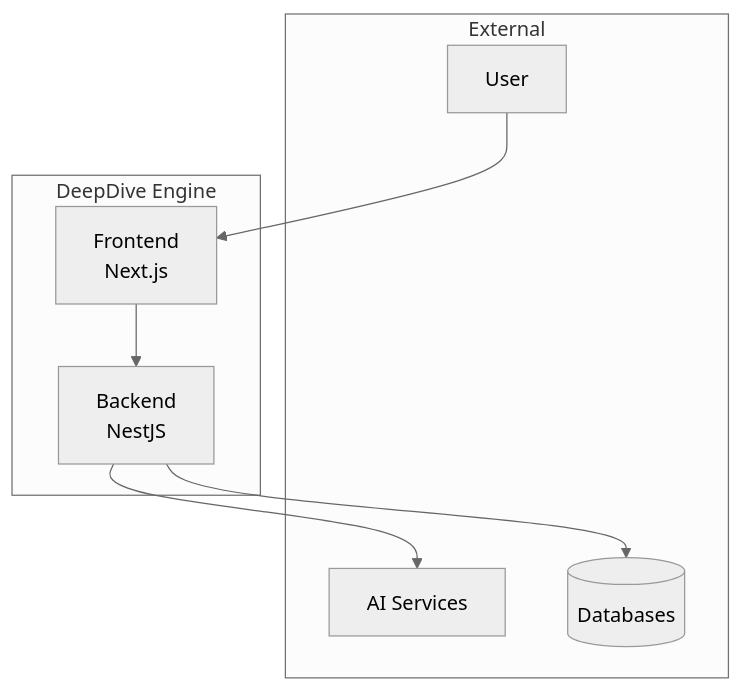
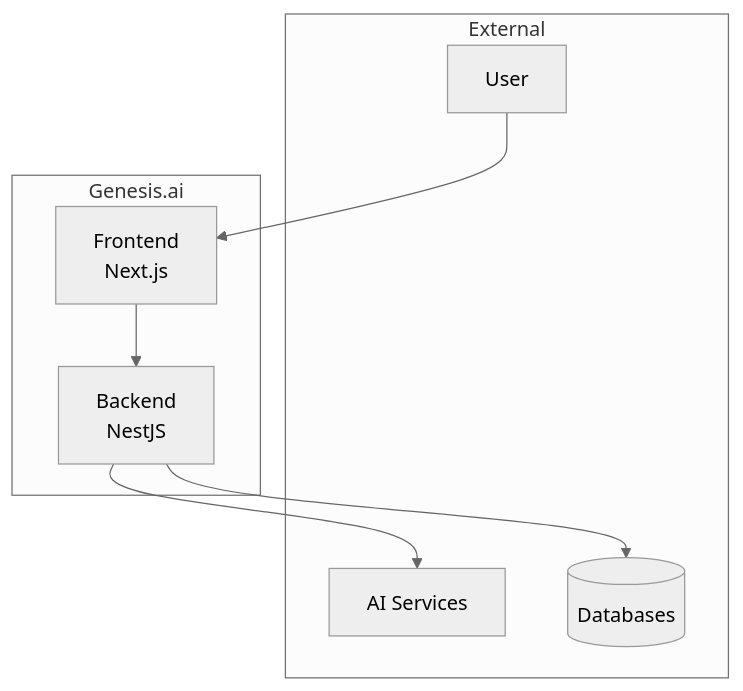
One commit to genesis-agents/GenesisPod changed the first of 2 diagrams in .claude/skills/architecture/schema-architect/references/adr-guidelines.md. Above: the diagram before and after it, drawn with Mermaid (neutral theme). The commit also changed 190 other files, not shown here.

````diff
--- a/.claude/skills/architecture/schema-architect/references/adr-guidelines.md
+++ b/.claude/skills/architecture/schema-architect/references/adr-guidelines.md
@@ -66,18 +66,18 @@
 ```mermaid
 graph TB
     subgraph External
         User[User]
         AI[AI Services]
         DB[(Databases)]
     end
 
-    subgraph DeepDive[DeepDive Engine]
+    subgraph DeepDive[Genesis.ai]
         FE[Frontend<br/>Next.js]
         BE[Backend<br/>NestJS]
     end
 
     User --> FE
     FE --> BE
     BE --> AI
     BE --> DB
 ```
````
